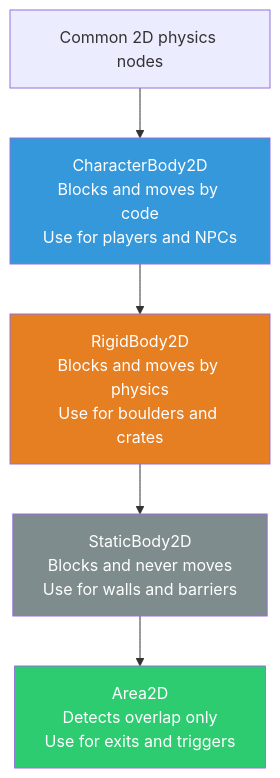
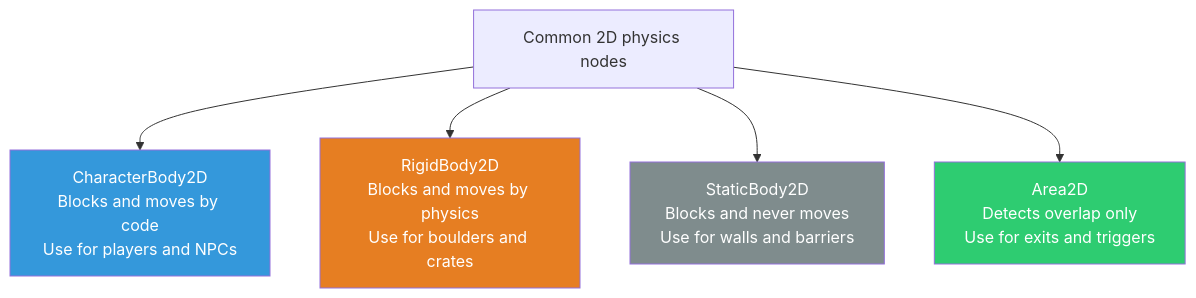
Before and after one commit to Jorge-D-Robles/gemini-fantasy: the first of 2 diagrams in tutorial/03_thinking_in_scenes.md, drawn with Mermaid.

Commit message:
docs: Fix mermaid graph structure in Module 3 to branch correctly

````diff
--- a/tutorial/03_thinking_in_scenes.md
+++ b/tutorial/03_thinking_in_scenes.md
@@ -55,18 +55,18 @@
 ```mermaid
 graph TD
     Start["Common 2D physics nodes"]
     CB["CharacterBody2D\nBlocks and moves by code\nUse for players and NPCs"]
     RB["RigidBody2D\nBlocks and moves by physics\nUse for boulders and crates"]
     SB["StaticBody2D\nBlocks and never moves\nUse for walls and barriers"]
     A2["Area2D\nDetects overlap only\nUse for exits and triggers"]
 
     Start --> CB
-    CB --> RB
-    RB --> SB
-    SB --> A2
+    Start --> RB
+    Start --> SB
+    Start --> A2
 
     style CB fill:#3498db,color:#fff
     style RB fill:#e67e22,color:#fff
     style SB fill:#7f8c8d,color:#fff
     style A2 fill:#2ecc71,color:#fff
 ```
````
